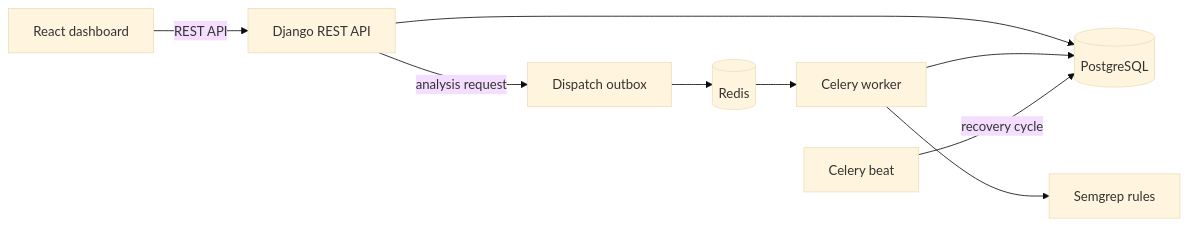
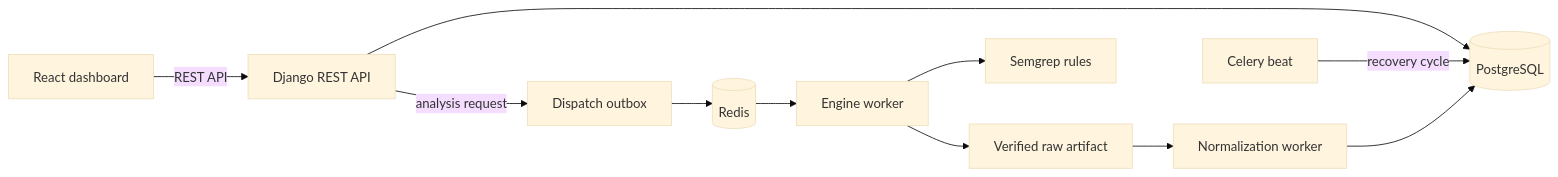
Before and after one commit to sleepingman1222/toy_SAST: the diagram in README.md, drawn with Mermaid (base theme). The commit also changed other lines of this file, not shown here.

````diff
--- a/README.md
+++ b/README.md
@@ -22,11 +22,13 @@
 ```mermaid
 flowchart LR
     UI[React dashboard] -->|REST API| API[Django REST API]
     API --> DB[(PostgreSQL)]
     API -->|analysis request| OUTBOX[Dispatch outbox]
     OUTBOX --> REDIS[(Redis)]
-    REDIS --> WORKER[Celery worker]
-    WORKER --> SEMGREP[Semgrep rules]
-    WORKER --> DB
+    REDIS --> ENGINE[Engine worker]
+    ENGINE --> SEMGREP[Semgrep rules]
+    ENGINE --> ARTIFACT[Verified raw artifact]
+    ARTIFACT --> NORMALIZER[Normalization worker]
+    NORMALIZER --> DB
     BEAT[Celery beat] -->|recovery cycle| DB
 ```
````
